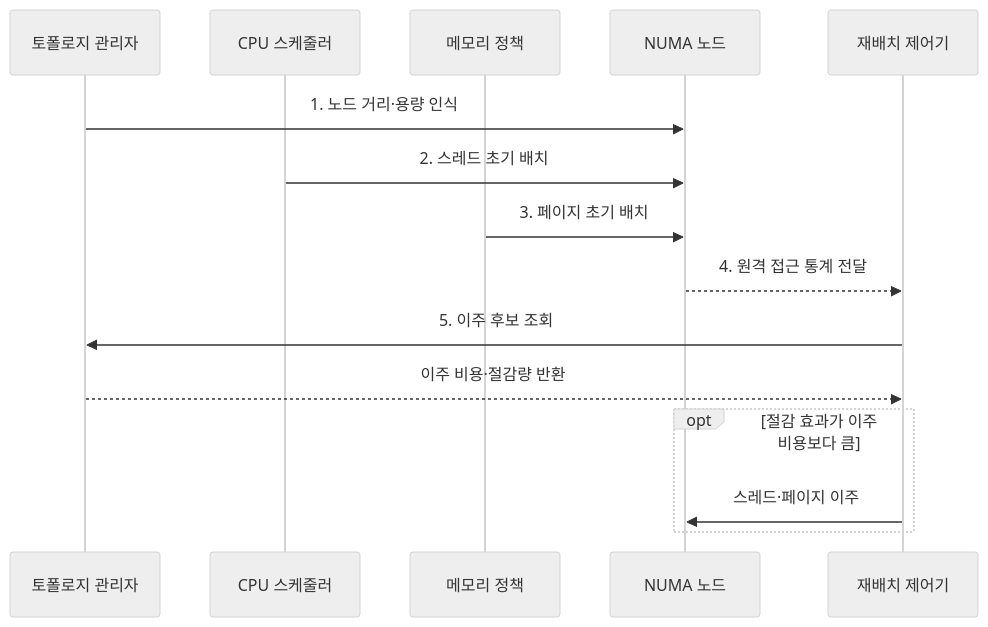
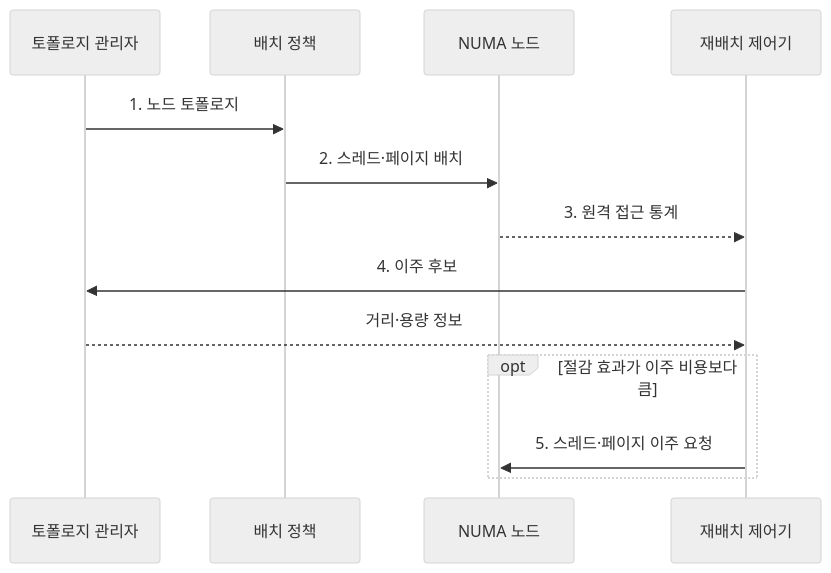
One commit to agnusdei1207/knowledge-base changed the second of 2 diagrams in src/content/docs/notes/03-software/029_numa_aware_scheduling.md. Above: the diagram before and after it, drawn with Mermaid (neutral theme). The commit also changed other lines of this file and 20 other files, not shown here.

````diff
--- a/src/content/docs/notes/03-software/029_numa_aware_scheduling.md
+++ b/src/content/docs/notes/03-software/029_numa_aware_scheduling.md
@@ -90,17 +91,15 @@
 ```mermaid
 sequenceDiagram
     participant T as 토폴로지 관리자
-    participant S as CPU 스케줄러
-    participant M as 메모리 정책
+    participant P as 배치 정책
     participant N as NUMA 노드
     participant R as 재배치 제어기
-    T->>N: 1. 노드 거리·용량 인식
-    S->>N: 2. 스레드 초기 배치
-    M->>N: 3. 페이지 초기 배치
-    N-->>R: 4. 원격 접근 통계 전달
-    R->>T: 5. 이주 후보 조회
-    T-->>R: 이주 비용·절감량 반환
+    T->>P: 1. 노드 토폴로지
+    P->>N: 2. 스레드·페이지 배치
+    N-->>R: 3. 원격 접근 통계
+    R->>T: 4. 이주 후보
+    T-->>R: 거리·용량 정보
     opt 절감 효과가 이주 비용보다 큼
-        R->>N: 스레드·페이지 이주
+        R->>N: 5. 스레드·페이지 이주 요청
     end
 ```
````
